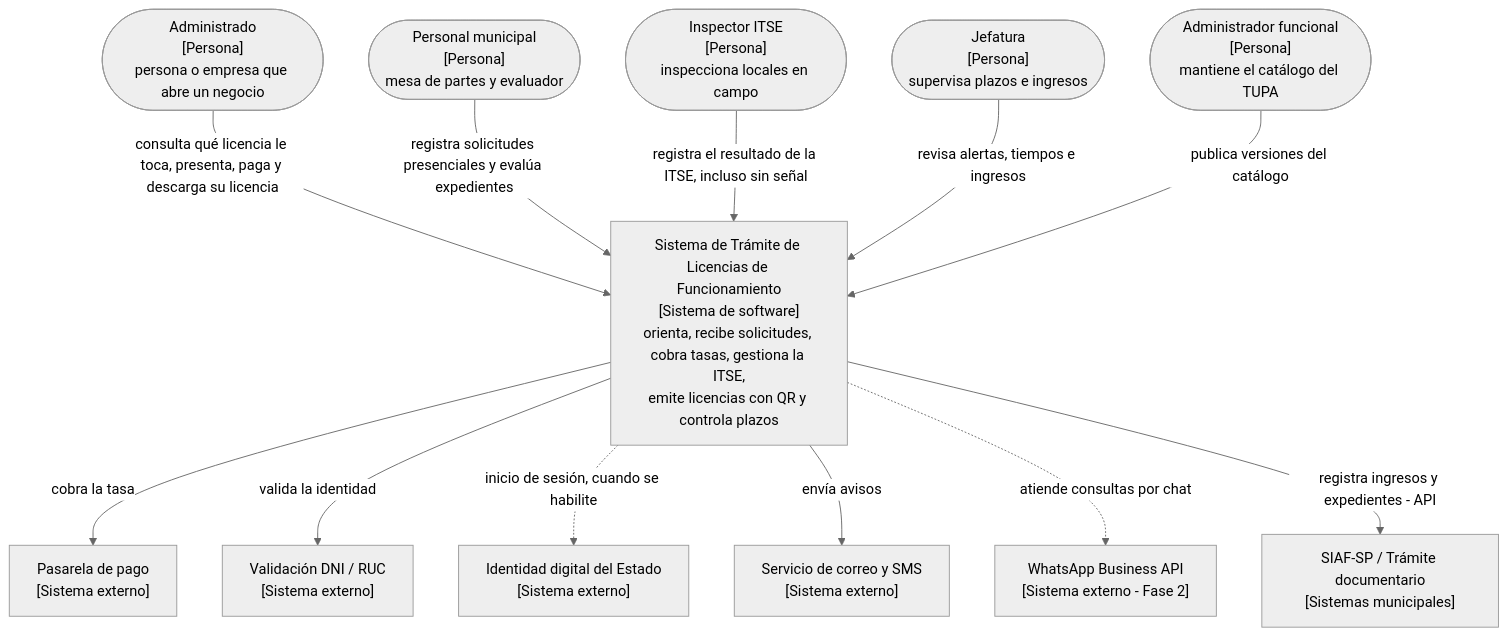
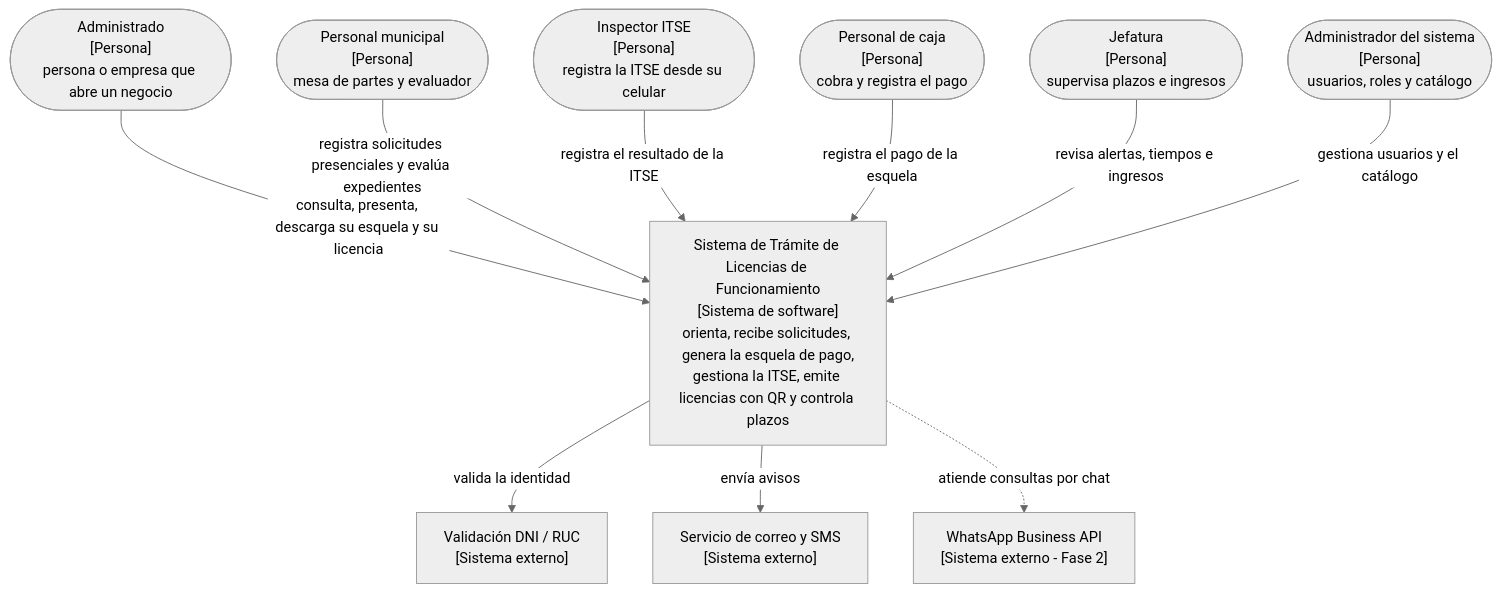
One commit to yeymyloson18/Licencias-Huanta-arquitSoft-JEIMY changed the diagram in docs/04-modelo-c4/Nivel1-DiagramadeContextodelSistema.md. Above: the diagram before and after it, drawn with Mermaid (neutral theme). The commit also changed other lines of this file, not shown here.

Commit message:
docs: actualizar C4 nivel 1 contexto

````diff
--- a/docs/04-modelo-c4/Nivel1-DiagramadeContextodelSistema.md
+++ b/docs/04-modelo-c4/Nivel1-DiagramadeContextodelSistema.md
@@ -6,30 +6,26 @@
 ```mermaid
 flowchart TB
     Adm(["Administrado<br/>[Persona]<br/>persona o empresa que abre un negocio"])
     Per(["Personal municipal<br/>[Persona]<br/>mesa de partes y evaluador"])
-    Insp(["Inspector ITSE<br/>[Persona]<br/>inspecciona locales en campo"])
+    Insp(["Inspector ITSE<br/>[Persona]<br/>registra la ITSE desde su celular"])
+    Caja(["Personal de caja<br/>[Persona]<br/>cobra y registra el pago"])
     Jef(["Jefatura<br/>[Persona]<br/>supervisa plazos e ingresos"])
-    AdmF(["Administrador funcional<br/>[Persona]<br/>mantiene el catálogo del TUPA"])
+    AdmS(["Administrador del sistema<br/>[Persona]<br/>usuarios, roles y catálogo"])
 
-    Sis["Sistema de Trámite de Licencias de Funcionamiento<br/>[Sistema de software]<br/>orienta, recibe solicitudes, cobra tasas, gestiona la ITSE,<br/>emite licencias con QR y controla plazos"]
+    Sis["Sistema de Trámite de Licencias de Funcionamiento<br/>[Sistema de software]<br/>orienta, recibe solicitudes, genera la esquela de pago,<br/>gestiona la ITSE, emite licencias con QR y controla plazos"]
 
-    Pasarela["Pasarela de pago<br/>[Sistema externo]"]
     Ident["Validación DNI / RUC<br/>[Sistema externo]"]
-    IdDig["Identidad digital del Estado<br/>[Sistema externo]"]
     Msg["Servicio de correo y SMS<br/>[Sistema externo]"]
     WA["WhatsApp Business API<br/>[Sistema externo - Fase 2]"]
-    SIAF["SIAF-SP / Trámite documentario<br/>[Sistemas municipales]"]
 
-    Adm -->|"consulta qué licencia le toca, presenta, paga y descarga su licencia"| Sis
+    Adm -->|"consulta, presenta, descarga su esquela y su licencia"| Sis
     Per -->|"registra solicitudes presenciales y evalúa expedientes"| Sis
-    Insp -->|"registra el resultado de la ITSE, incluso sin señal"| Sis
+    Insp -->|"registra el resultado de la ITSE"| Sis
+    Caja -->|"registra el pago de la esquela"| Sis
     Jef -->|"revisa alertas, tiempos e ingresos"| Sis
-    AdmF -->|"publica versiones del catálogo"| Sis
+    AdmS -->|"gestiona usuarios y el catálogo"| Sis
 
-    Sis -->|"cobra la tasa"| Pasarela
     Sis -->|"valida la identidad"| Ident
-    Sis -.->|"inicio de sesión, cuando se habilite"| IdDig
     Sis -->|"envía avisos"| Msg
     Sis -.->|"atiende consultas por chat"| WA
-    Sis -->|"registra ingresos y expedientes - API"| SIAF
 ```
````
